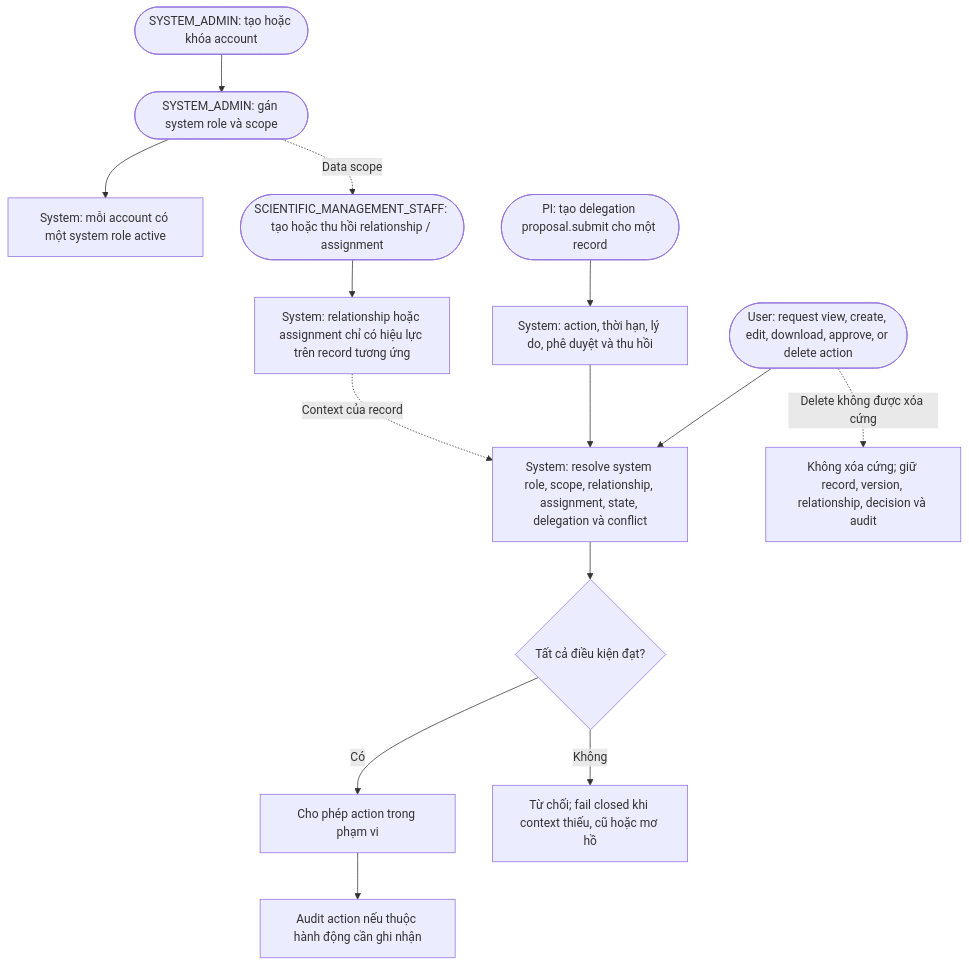
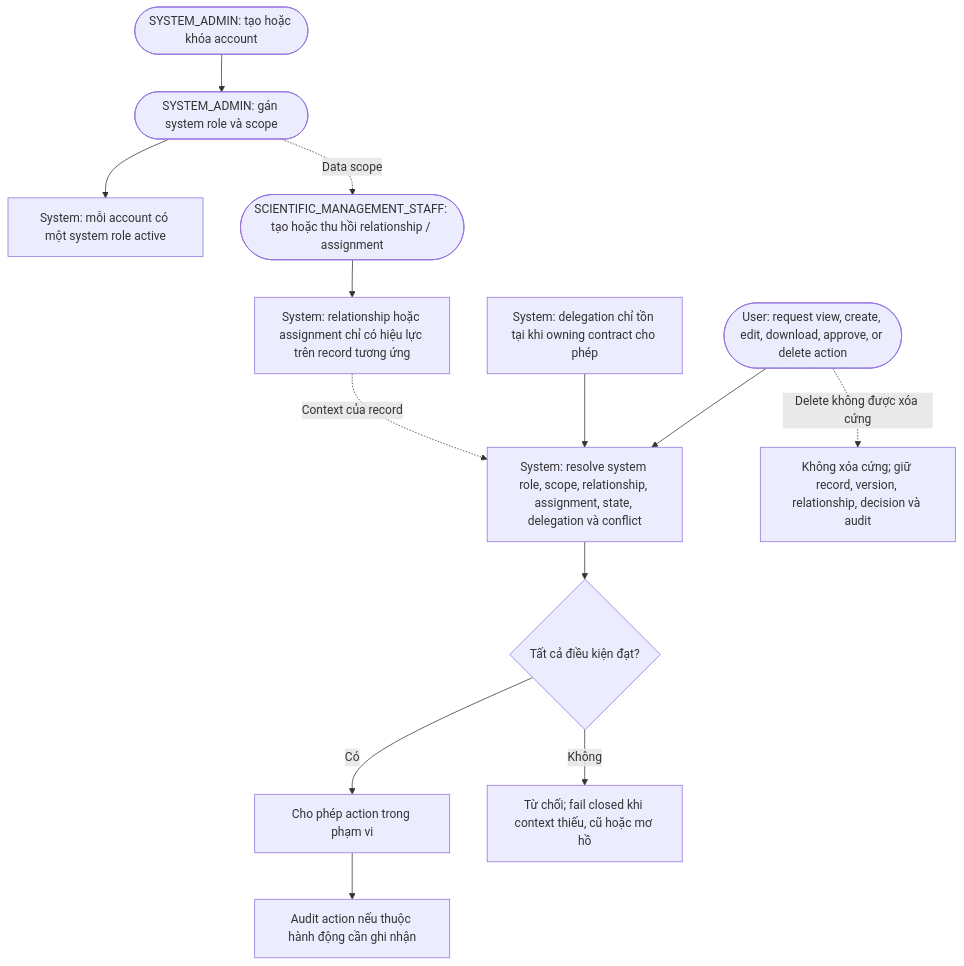
Before and after one commit to thanhdotien278/DocManS: the diagram in docs/diagrams/authorization.md, drawn with Mermaid. The commit also changed 66 other files, not shown here.

````diff
--- a/docs/diagrams/authorization.md
+++ b/docs/diagrams/authorization.md
@@ -3,27 +3,26 @@
 ```mermaid
 flowchart TD
   admin(["SYSTEM_ADMIN: tạo hoặc khóa account"])
   role(["SYSTEM_ADMIN: gán system role và scope"])
   account["System: mỗi account có một system role active"]
   staff(["SCIENTIFIC_MANAGEMENT_STAFF: tạo hoặc thu hồi relationship / assignment"])
   record["System: relationship hoặc assignment chỉ có hiệu lực trên record tương ứng"]
-  delegation(["PI: tạo delegation proposal.submit cho một record"])
-  delegation_rules["System: action, thời hạn, lý do, phê duyệt và thu hồi"]
+  delegation_rules["System: delegation chỉ tồn tại khi owning contract cho phép"]
   action(["User: request view, create, edit, download, approve, or delete action"])
   context["System: resolve system role, scope, relationship, assignment, state, delegation và conflict"]
   allowed{"Tất cả điều kiện đạt?"}
   permit["Cho phép action trong phạm vi"]
   deny["Từ chối; fail closed khi context thiếu, cũ hoặc mơ hồ"]
   no_hard_delete["Không xóa cứng; giữ record, version, relationship, decision và audit"]
   audit["Audit action nếu thuộc hành động cần ghi nhận"]
 
   admin --> role --> account
   role -. "Data scope" .-> staff
   staff --> record
-  delegation --> delegation_rules --> context
+  delegation_rules --> context
   action --> context --> allowed
   record -. "Context của record" .-> context
   allowed -- "Có" --> permit --> audit
   allowed -- "Không" --> deny
   action -. "Delete không được xóa cứng" .-> no_hard_delete
 ```
````
